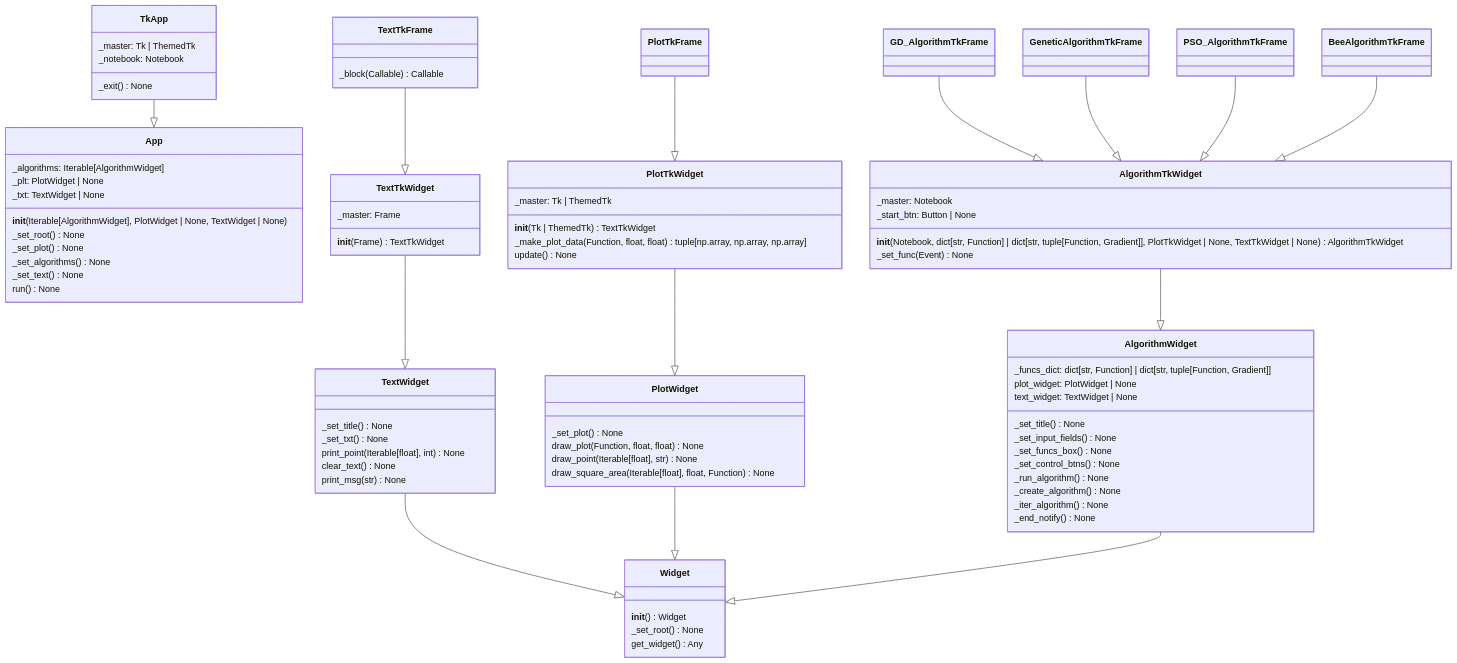
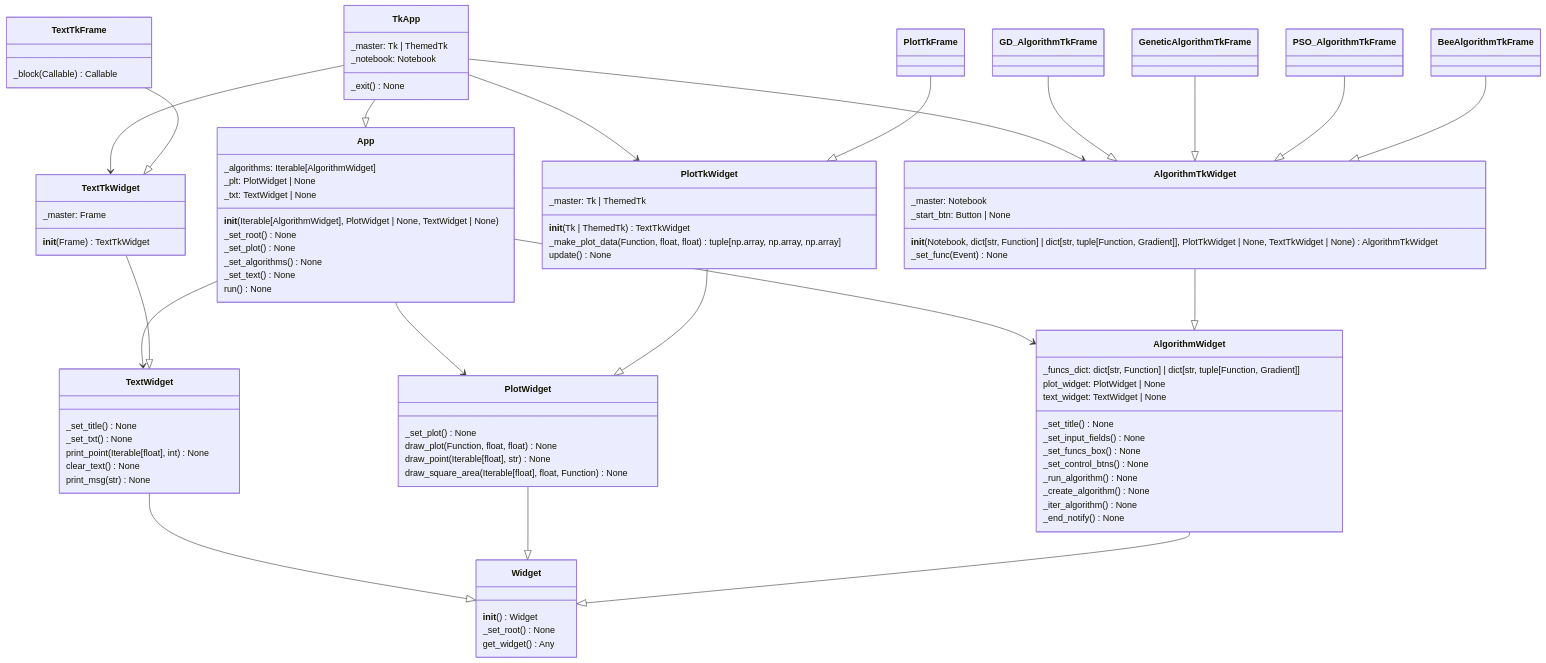
Before and after one commit to black-lemonov/OptimizationMethods: the first of 2 diagrams in README.md, drawn with Mermaid.

Commit message:
добавил использование

```diff
--- a/README.md
+++ b/README.md
@@ -93,7 +93,13 @@
     class BeeAlgorithmTkFrame {
 
     }
+    App --> TextWidget
+    App --> PlotWidget
+    App --> AlgorithmWidget
     TkApp --|> App
+    TkApp --> TextTkWidget
+    TkApp --> PlotTkWidget
+    TkApp --> AlgorithmTkWidget
     TextWidget --|> Widget
     TextTkWidget --|> TextWidget
     TextTkFrame --|> TextTkWidget
```
